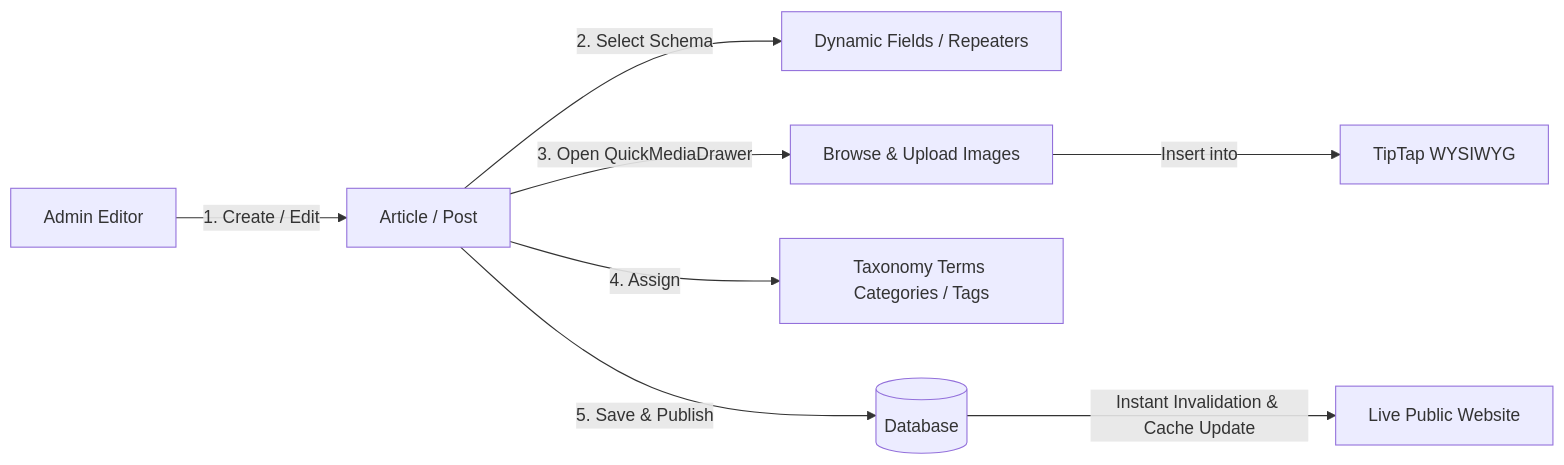
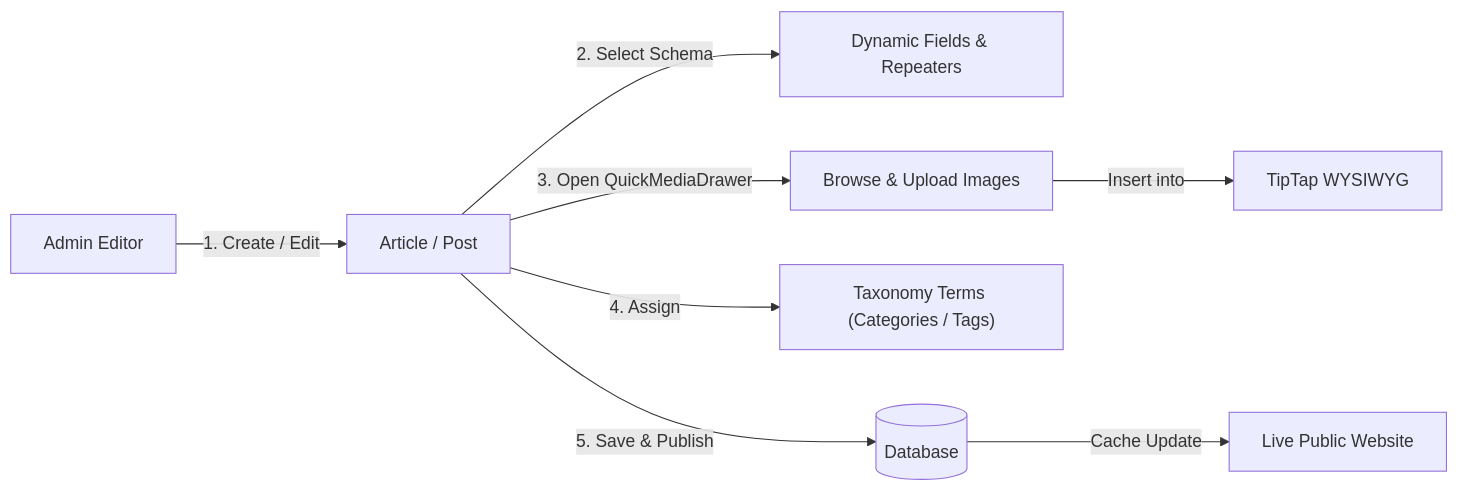
The fourth of 4 diagrams in README.md (fishercom/mewcms), drawn with Mermaid before and after one commit. The commit also changed other lines of this file, not shown here.

Commit message:
docs: fix Mermaid diagram syntax and sanitize labels in README

````diff
--- a/README.md
+++ b/README.md
@@ -186,10 +186,10 @@
 ```mermaid
 flowchart LR
-    A[Admin Editor] -->|1. Create / Edit| B[Article / Post]
-    B -->|2. Select Schema| C[Dynamic Fields / Repeaters]
-    B -->|3. Open QuickMediaDrawer| D[Browse & Upload Images]
-    D -->|Insert into| E[TipTap WYSIWYG]
-    B -->|4. Assign| F[Taxonomy Terms Categories / Tags]
-    B -->|5. Save & Publish| G[(Database)]
-    G -->|Instant Invalidation & Cache Update| H[Live Public Website]
+    A["Admin Editor"] -->|"1. Create / Edit"| B["Article / Post"]
+    B -->|"2. Select Schema"| C["Dynamic Fields & Repeaters"]
+    B -->|"3. Open QuickMediaDrawer"| D["Browse & Upload Images"]
+    D -->|"Insert into"| E["TipTap WYSIWYG"]
+    B -->|"4. Assign"| F["Taxonomy Terms (Categories / Tags)"]
+    B -->|"5. Save & Publish"| G[("Database")]
+    G -->|"Cache Update"| H["Live Public Website"]
 ```
````
